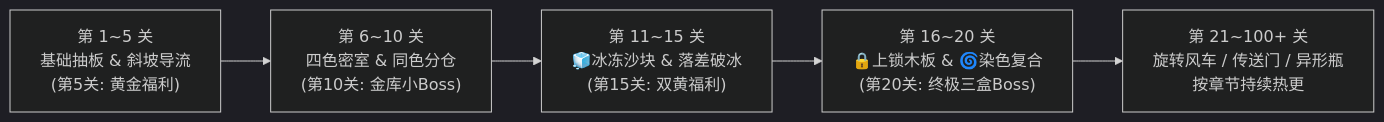
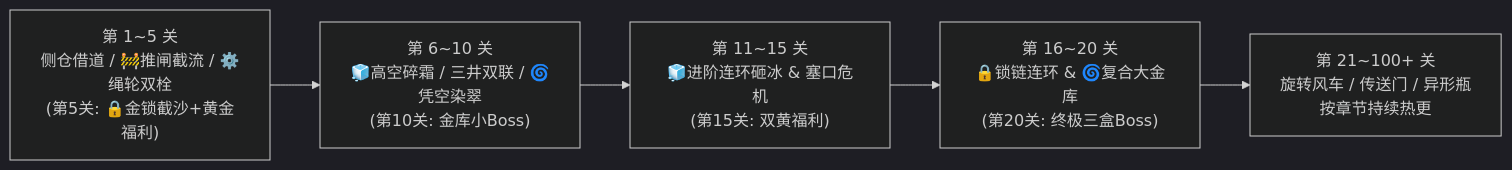
The diagram in docs/关卡设计文档_沙里淘大红.md (948049716/sha-li-tao-da-hong), drawn with Mermaid (dark theme) before and after one commit. The commit also changed other lines of this file and 28 other files, not shown here.

````diff
--- a/docs/关卡设计文档_沙里淘大红.md
+++ b/docs/关卡设计文档_沙里淘大红.md
@@ -10,7 +10,7 @@
 ```mermaid
 flowchart LR
-    S1["第 1~5 关\n基础抽板 & 斜坡导流\n(第5关: 黄金福利)"] --> S2["第 6~10 关\n四色密室 & 同色分仓\n(第10关: 金库小Boss)"]
-    S2 --> S3["第 11~15 关\n🧊冰冻沙块 & 落差破冰\n(第15关: 双黄福利)"]
-    S3 --> S4["第 16~20 关\n🔒上锁木板 & 🌀染色复合\n(第20关: 终极三盒Boss)"]
+    S1["第 1~5 关\n侧仓借道 / 🚧推闸截流 / ⚙️绳轮双栓\n(第5关: 🔒金锁截沙+黄金福利)"] --> S2["第 6~10 关\n🧊高空碎霜 / 三井双联 / 🌀凭空染翠\n(第10关: 金库小Boss)"]
+    S2 --> S3["第 11~15 关\n🧊进阶连环砸冰 & 塞口危机\n(第15关: 双黄福利)"]
+    S3 --> S4["第 16~20 关\n🔒锁链连环 & 🌀复合大金库\n(第20关: 终极三盒Boss)"]
     S4 --> S5["第 21~100+ 关\n旋转风车 / 传送门 / 异形瓶\n按章节持续热更"]
 ```
````
